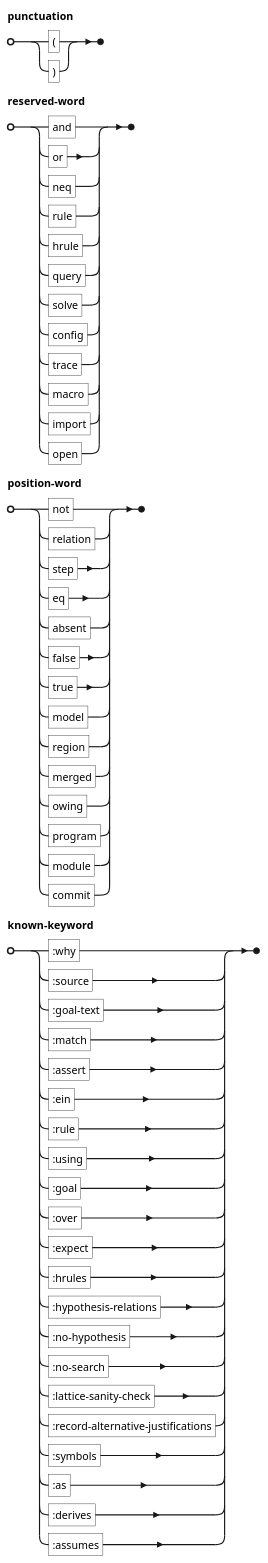
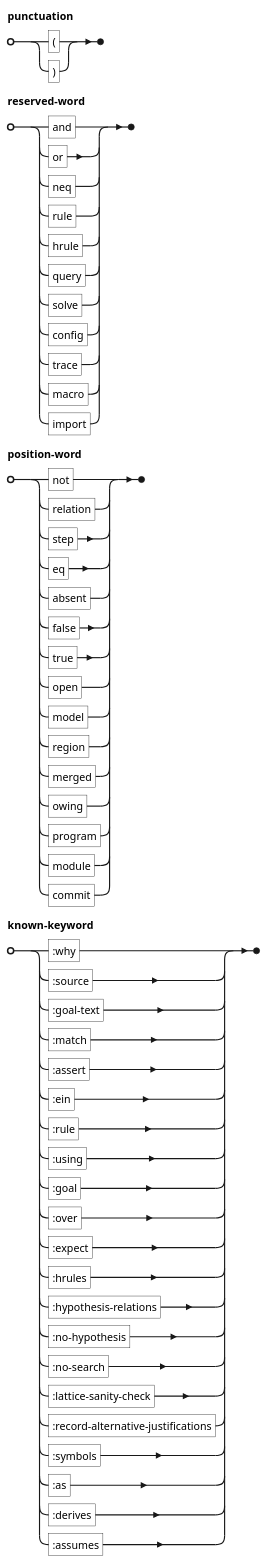
Before and after one commit to agutikov/ein: the diagram in docs/ein/user/04-reference/diagrams/01-grammar-lexical-own-text.puml, drawn with PlantUML. The commit also changed 41 other files, not shown here.

```diff
--- a/docs/ein/user/04-reference/diagrams/01-grammar-lexical-own-text.puml
+++ b/docs/ein/user/04-reference/diagrams/01-grammar-lexical-own-text.puml
@@ -1,14 +1,14 @@
 @startebnf
 punctuation = "(" | ")" ;
 reserved-word =
     "and" | "or" | "neq" | "rule" | "hrule" | "query" | "solve" | "config" | "trace" | "macro"
-  | "import" | "open" ;
+  | "import" ;
 position-word =
-    "not" | "relation" | "step" | "eq" | "absent" | "false" | "true" | "model" | "region" | "merged"
-  | "owing" | "program" | "module" | "commit" ;
+    "not" | "relation" | "step" | "eq" | "absent" | "false" | "true" | "open" | "model" | "region"
+  | "merged" | "owing" | "program" | "module" | "commit" ;
 known-keyword =
     ":why" | ":source" | ":goal-text" | ":match" | ":assert" | ":ein" | ":rule" | ":using" | ":goal"
   | ":over" | ":expect" | ":hrules" | ":hypothesis-relations" | ":no-hypothesis" | ":no-search"
   | ":lattice-sanity-check" | ":record-alternative-justifications" | ":symbols" | ":as" | ":derives"
   | ":assumes" ;
 @endebnf
```
